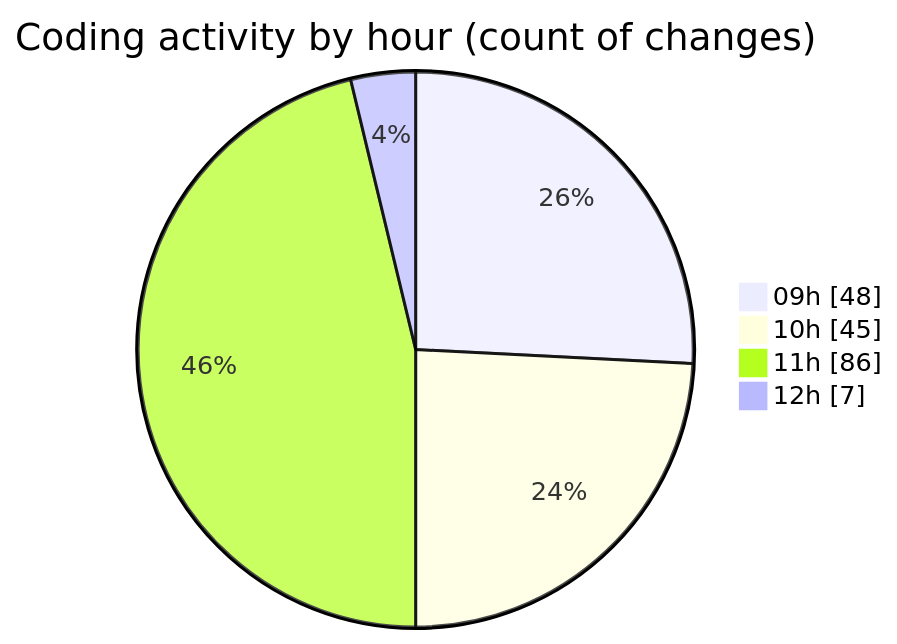
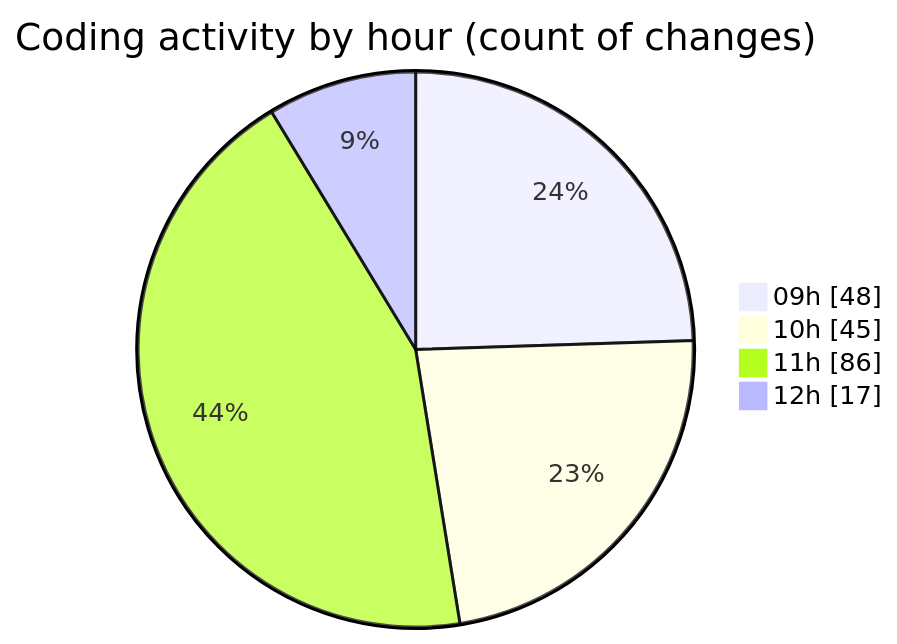
One commit to momahboobian/code-tracking changed the second of 2 diagrams in 2025-03-14/cda/README.md. Above: the diagram before and after it, drawn with Mermaid. The commit also changed other lines of this file and 1 other file, not shown here.

````diff
--- a/2025-03-14/cda/README.md
+++ b/2025-03-14/cda/README.md
@@ -45,8 +45,8 @@
 ```mermaid
 pie showData
 title Coding activity by hour (count of changes)
 "09h" : 48
 "10h" : 45
 "11h" : 86
-"12h" : 7
+"12h" : 17
 ```
````
